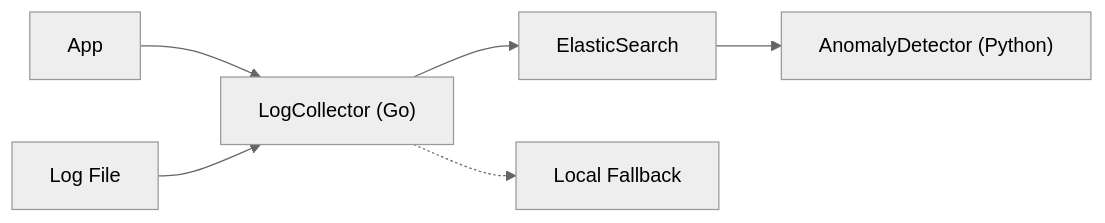
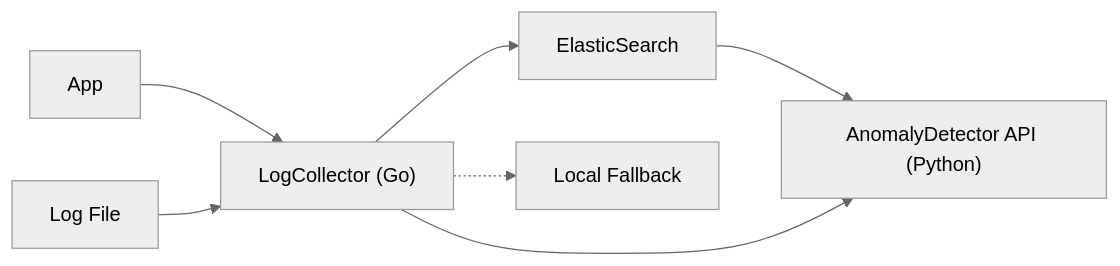
Before and after one commit to lorenaziviani/log_sentinel: the diagram in README.md, drawn with Mermaid (neutral theme). The commit also changed other lines of this file and 3 other files, not shown here.

First line of the commit message:
feat(ml): add Python ML service for anomaly detection

````diff
--- a/README.md
+++ b/README.md
@@ -19,8 +19,9 @@
 ```mermaid
 flowchart LR
     A["App"] --> B["LogCollector (Go)"]
     F["Log File"] --> B
     B --> C["ElasticSearch"]
     B -.-> D["Local Fallback"]
-    C --> E["AnomalyDetector (Python)"]
+    C --> E["AnomalyDetector API (Python)"]
+    B --> E
 ```
````
